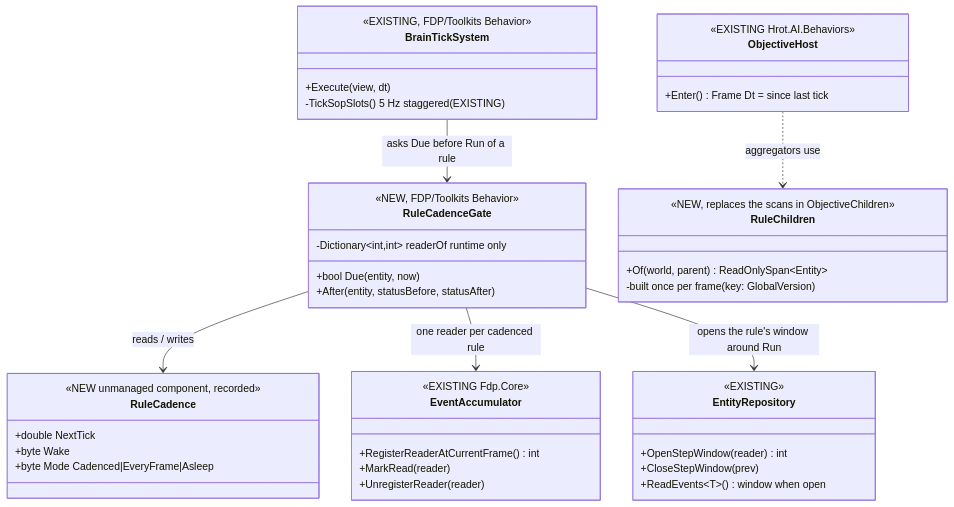
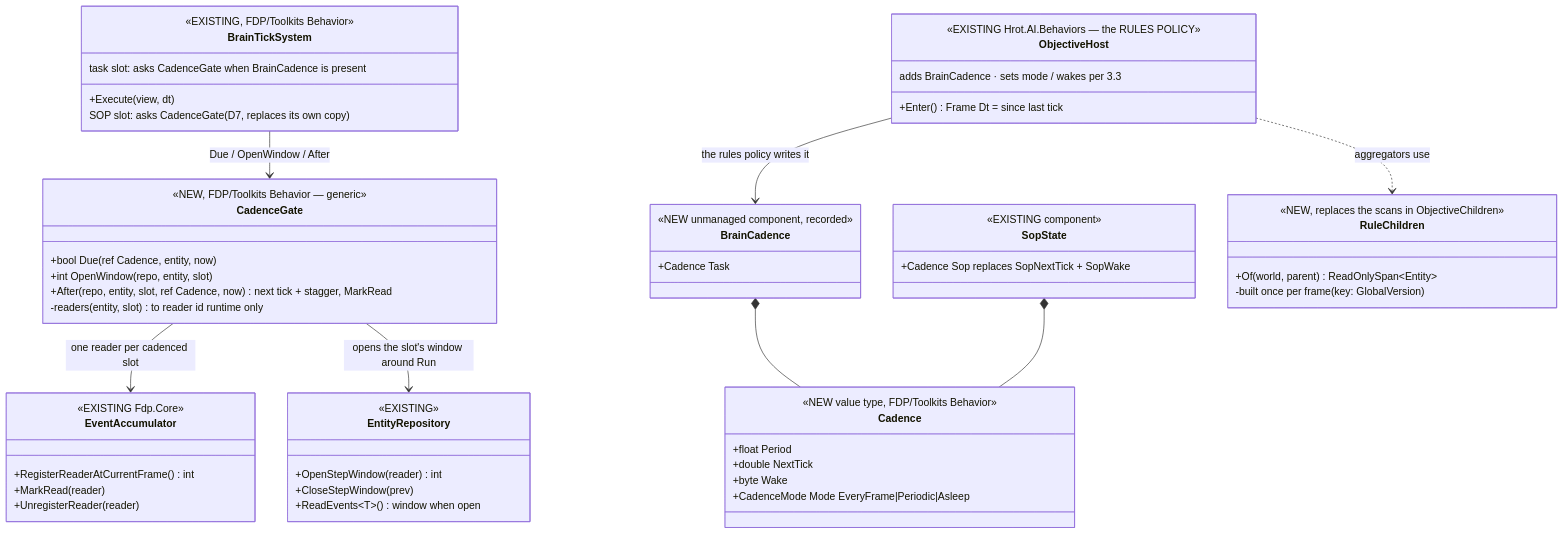
The second of 5 diagrams in docs/DESIGN_Evaluation_Cost_And_Cadence.md (pjanec/HROT), drawn with Mermaid before and after one commit. The commit also changed other lines of this file and 1 other file, not shown here.

First line of the commit message:
DESIGN_Evaluation_Cost_And_Cadence §3.0: the cadence is a generic brain mechanism (Cadence, BrainCadence, CadenceGate) in the behaviour toolkit; rules are one policy, the SOP slot moves onto it

````diff
--- a/docs/DESIGN_Evaluation_Cost_And_Cadence.md
+++ b/docs/DESIGN_Evaluation_Cost_And_Cadence.md
@@ -90,46 +104,60 @@
 ```mermaid
 classDiagram
   class BrainTickSystem {
     <<EXISTING, FDP/Toolkits Behavior>>
     +Execute(view, dt)
-    -TickSopSlots() 5 Hz staggered (EXISTING)
+    task slot: asks CadenceGate when BrainCadence is present
+    SOP slot: asks CadenceGate (D7, replaces its own copy)
   }
-  class RuleCadence {
-    <<NEW unmanaged component, recorded>>
+  class Cadence {
+    <<NEW value type, FDP/Toolkits Behavior>>
+    +float Period
     +double NextTick
     +byte Wake
-    +byte Mode  Cadenced|EveryFrame|Asleep
+    +CadenceMode Mode  EveryFrame|Periodic|Asleep
   }
-  class RuleCadenceGate {
-    <<NEW, FDP/Toolkits Behavior>>
-    +bool Due(entity, now)
-    +After(entity, statusBefore, statusAfter)
-    -Dictionary~int,int~ readerOf  runtime only
+  class BrainCadence {
+    <<NEW unmanaged component, recorded>>
+    +Cadence Task
+  }
+  class SopState {
+    <<EXISTING component>>
+    +Cadence Sop  replaces SopNextTick + SopWake
+  }
+  class CadenceGate {
+    <<NEW, FDP/Toolkits Behavior — generic>>
+    +bool Due(ref Cadence, entity, now)
+    +int OpenWindow(repo, entity, slot)
+    +After(repo, entity, slot, ref Cadence, now)  next tick + stagger, MarkRead
+    -readers (entity, slot) to reader id  runtime only
   }
   class EventAccumulator {
     <<EXISTING Fdp.Core>>
     +RegisterReaderAtCurrentFrame() int
     +MarkRead(reader)
     +UnregisterReader(reader)
   }
   class EntityRepository {
     <<EXISTING>>
     +OpenStepWindow(reader) int
     +CloseStepWindow(prev)
     +ReadEvents~T~()  window when open
   }
   class ObjectiveHost {
-    <<EXISTING Hrot.AI.Behaviors>>
+    <<EXISTING Hrot.AI.Behaviors — the RULES POLICY>>
     +Enter() Frame  Dt = since last tick
+    adds BrainCadence · sets mode / wakes per 3.3
   }
   class RuleChildren {
     <<NEW, replaces the scans in ObjectiveChildren>>
     +Of(world, parent) ReadOnlySpan~Entity~
     -built once per frame (key: GlobalVersion)
   }
-  BrainTickSystem --> RuleCadenceGate : asks Due before Run of a rule
-  RuleCadenceGate --> RuleCadence : reads / writes
-  RuleCadenceGate --> EventAccumulator : one reader per cadenced rule
-  RuleCadenceGate --> EntityRepository : opens the rule's window around Run
+  BrainCadence *-- Cadence
+  SopState *-- Cadence
+  BrainTickSystem --> CadenceGate : Due / OpenWindow / After
+  CadenceGate --> EventAccumulator : one reader per cadenced slot
+  CadenceGate --> EntityRepository : opens the slot's window around Run
+  ObjectiveHost --> BrainCadence : the rules policy writes it
   ObjectiveHost ..> RuleChildren : aggregators use
 ```
````
